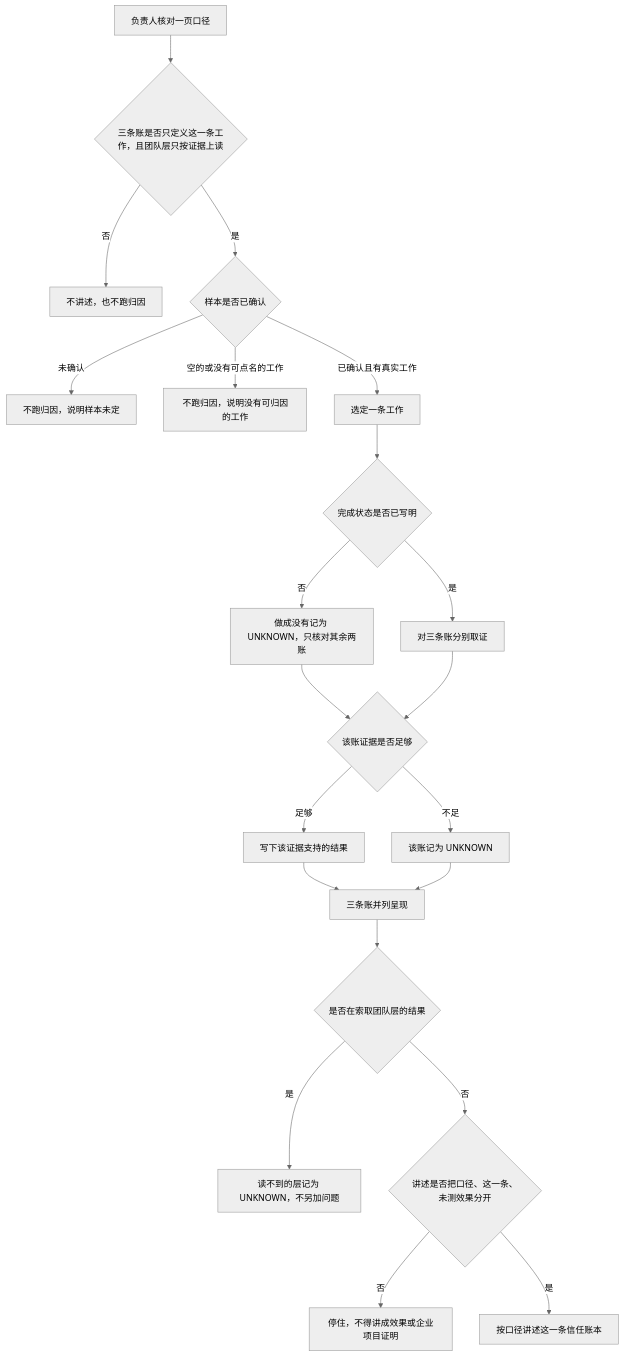
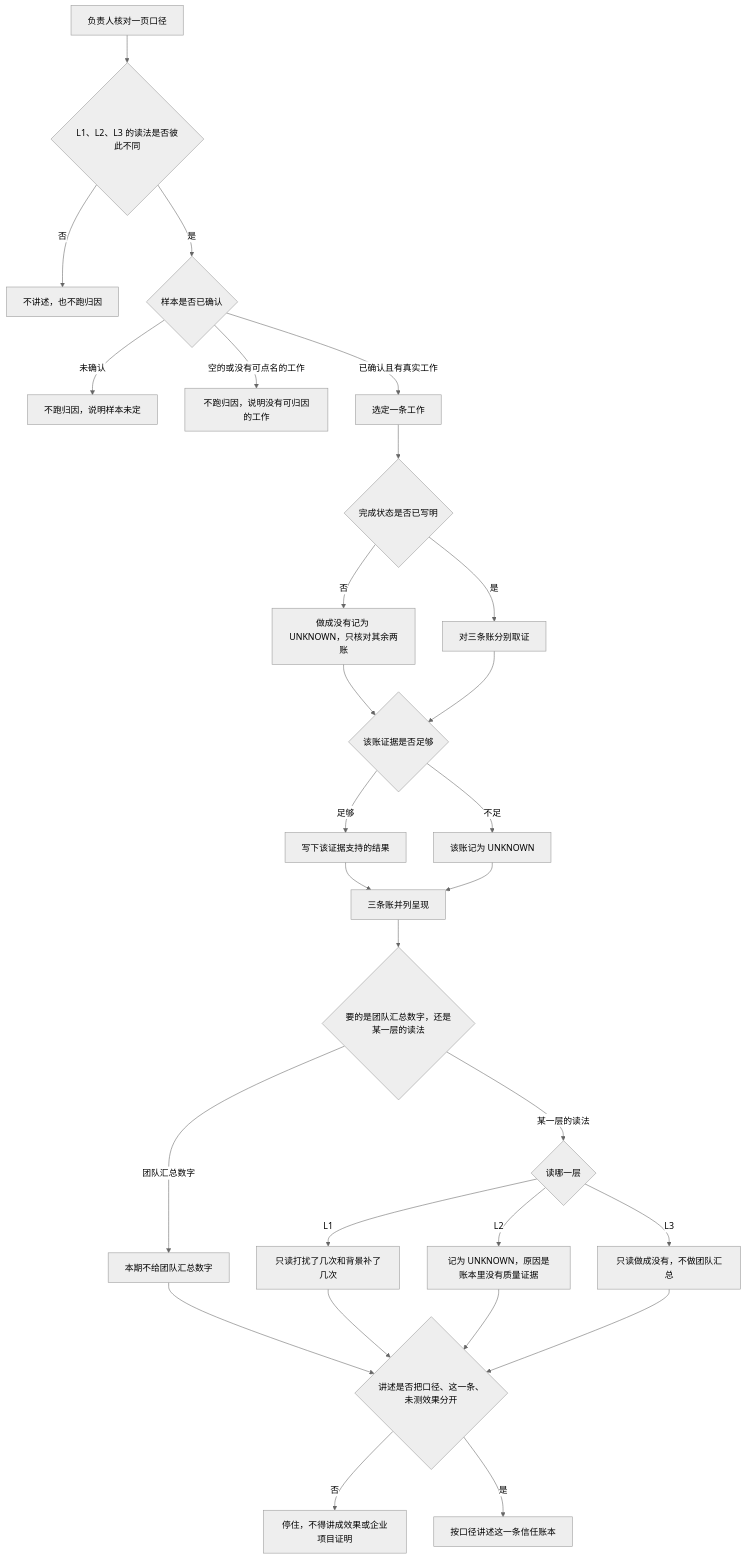
The diagram in docs/ai-native-度量-产品规格.md (Izelzzz/izel-ai-native), drawn with Mermaid (neutral theme) before and after one commit. The commit also changed other lines of this file, not shown here.

````diff
--- a/docs/ai-native-度量-产品规格.md
+++ b/docs/ai-native-度量-产品规格.md
@@ -30,23 +30,30 @@
 ```mermaid
 flowchart TD
-  A[负责人核对一页口径] --> B{三条账是否只定义这一条工作，且团队层只按证据上读}
+  A[负责人核对一页口径] --> B{L1、L2、L3 的读法是否彼此不同}
   B -->|否| C[不讲述，也不跑归因]
   B -->|是| D{样本是否已确认}
   D -->|未确认| E[不跑归因，说明样本未定]
   D -->|空的或没有可点名的工作| F[不跑归因，说明没有可归因的工作]
   D -->|已确认且有真实工作| G[选定一条工作]
   G --> R{完成状态是否已写明}
   R -->|否| S[做成没有记为 UNKNOWN，只核对其余两账]
   R -->|是| H[对三条账分别取证]
   S --> I{该账证据是否足够}
   H --> I
   I -->|足够| J[写下该证据支持的结果]
   I -->|不足| K[该账记为 UNKNOWN]
   J --> L[三条账并列呈现]
   K --> L
-  L --> M{是否在索取团队层的结果}
-  M -->|是| N[读不到的层记为 UNKNOWN，不另加问题]
-  M -->|否| O{讲述是否把口径、这一条、未测效果分开}
+  L --> M{要的是团队汇总数字，还是某一层的读法}
+  M -->|团队汇总数字| N[本期不给团队汇总数字]
+  M -->|某一层的读法| T{读哪一层}
+  T -->|L1| U[只读打扰了几次和背景补了几次]
+  T -->|L2| V[记为 UNKNOWN，原因是账本里没有质量证据]
+  T -->|L3| W[只读做成没有，不做团队汇总]
+  N --> O{讲述是否把口径、这一条、未测效果分开}
+  U --> O
+  V --> O
+  W --> O
   O -->|否| P[停住，不得讲成效果或企业项目证明]
   O -->|是| Q[按口径讲述这一条信任账本]
 ```
````
